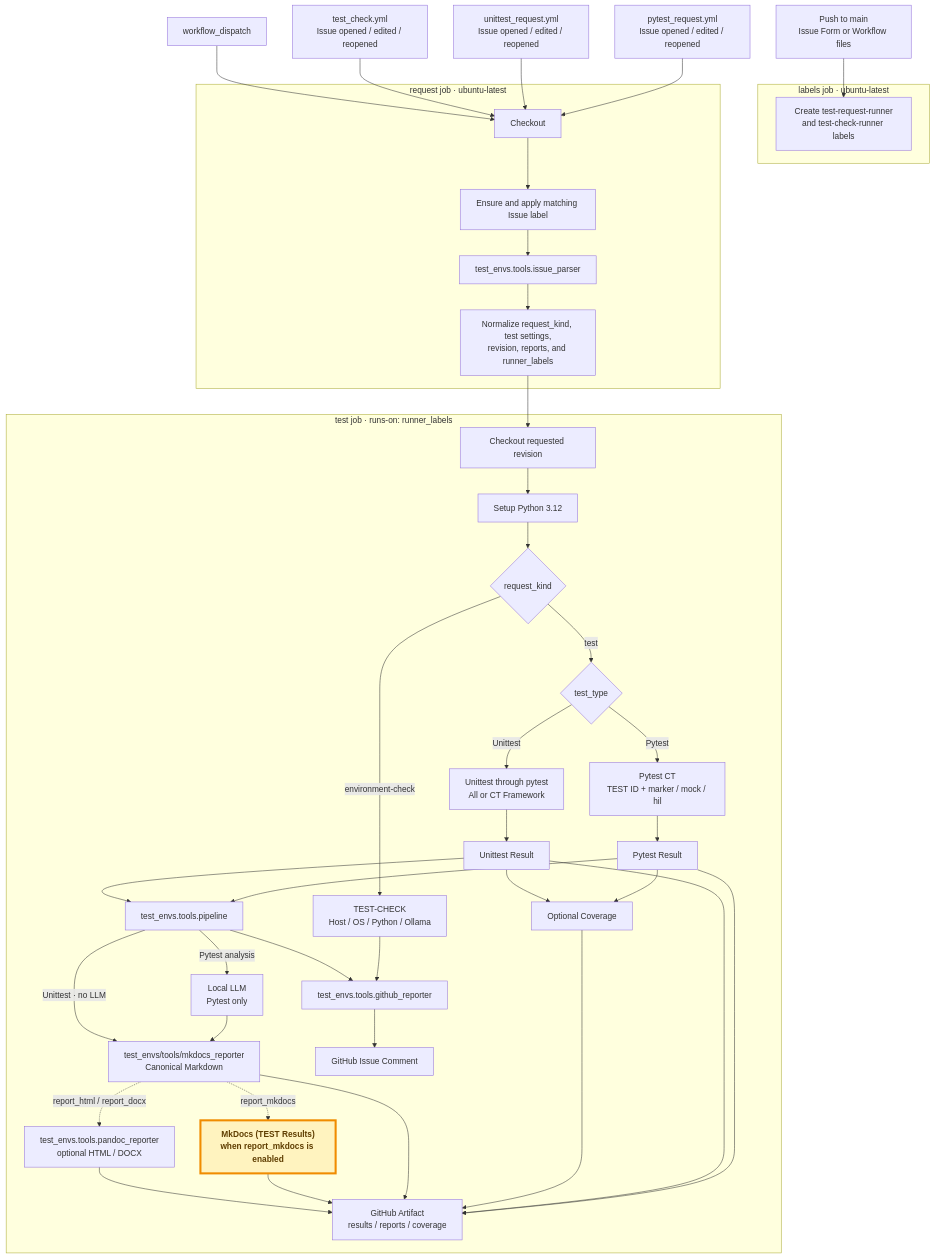
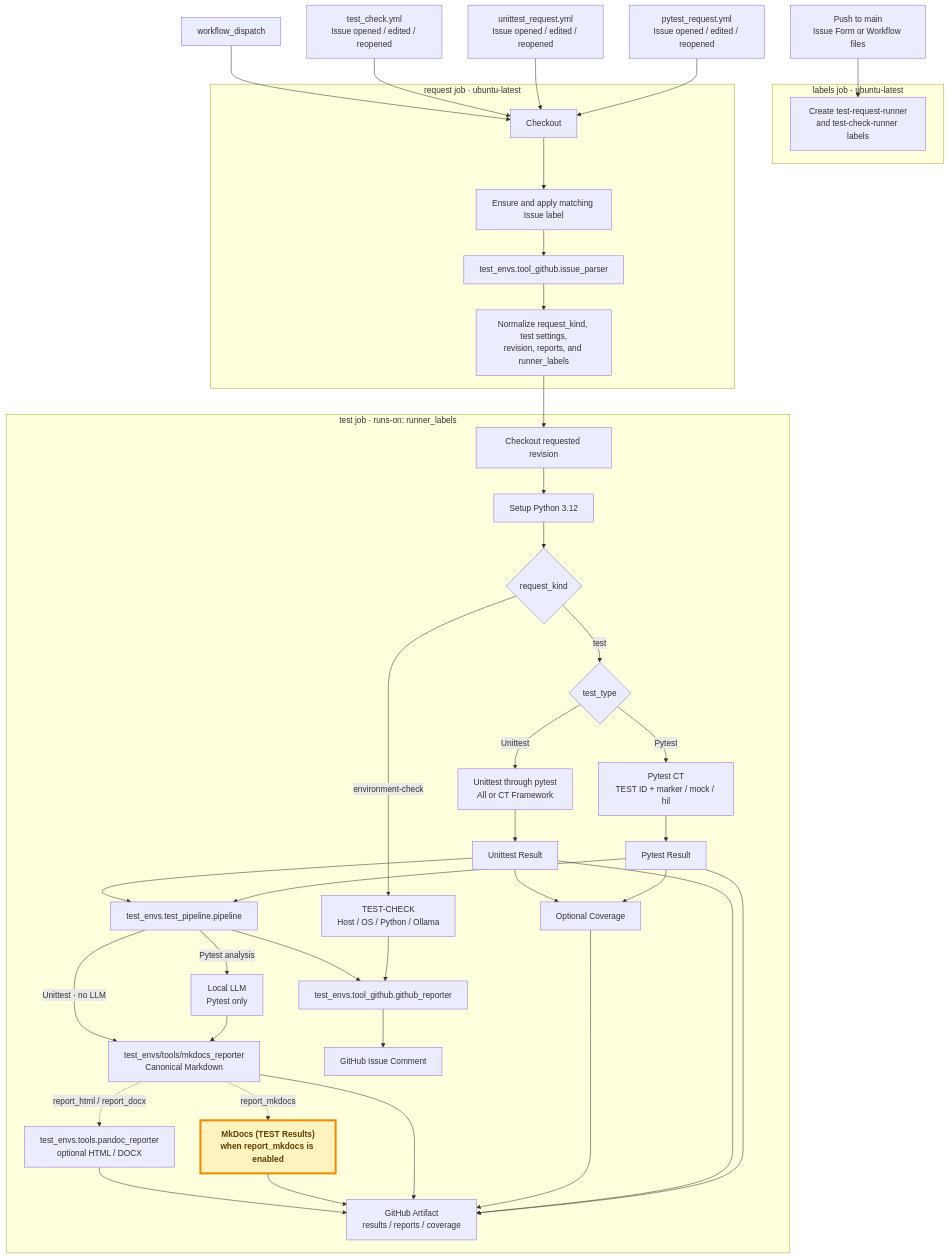
Before and after one commit to JeonghunLee/AI-driven-CI-CT: the second of 2 diagrams in docs/index.md, drawn with Mermaid. The commit also changed other lines of this file and 229 other files, not shown here.

````diff
--- a/docs/index.md
+++ b/docs/index.md
@@ -127,73 +127,73 @@
 ```mermaid
 flowchart TD
     PUSH["Push to main<br/>Issue Form or Workflow files"]
     PYTEST_ISSUE["pytest_request.yml<br/>Issue opened / edited / reopened"]
     UNITTEST_ISSUE["unittest_request.yml<br/>Issue opened / edited / reopened"]
     CHECK_ISSUE["test_check.yml<br/>Issue opened / edited / reopened"]
     MANUAL[workflow_dispatch]
 
     subgraph LABEL_JOB["labels job · ubuntu-latest"]
         LABELS["Create test-request-runner<br/>and test-check-runner labels"]
     end
 
     subgraph REQUEST_JOB["request job · ubuntu-latest"]
         CHECKOUT_REQUEST[Checkout]
         APPLY_LABEL[Ensure and apply matching Issue label]
-        PARSER[test_envs.tools.issue_parser]
+        PARSER[test_envs.tool_github.issue_parser]
         OUTPUTS["Normalize request_kind, test settings,<br/>revision, reports, and runner_labels"]
 
         CHECKOUT_REQUEST --> APPLY_LABEL --> PARSER --> OUTPUTS
     end
 
     subgraph TEST_JOB["test job · runs-on: runner_labels"]
         CHECKOUT_TEST[Checkout requested revision]
         SETUP_PYTHON[Setup Python 3.12]
         REQUEST_KIND{request_kind}
         ENV_CHECK["TEST-CHECK<br/>Host / OS / Python / Ollama"]
         TEST_TYPE{test_type}
         PYTEST["Pytest CT<br/>TEST ID + marker / mock / hil"]
         UNITTEST["Unittest through pytest<br/>All or CT Framework"]
         PYTEST_RESULT[Pytest Result]
         UNITTEST_RESULT[Unittest Result]
         COVERAGE[Optional Coverage]
-        PIPELINE[test_envs.tools.pipeline]
+        PIPELINE[test_envs.test_pipeline.pipeline]
         LLM["Local LLM<br/>Pytest only"]
         REPORTER["test_envs/tools/mkdocs_reporter<br/>Canonical Markdown"]
         MKDOCS["MkDocs (TEST Results)<br/>when report_mkdocs is enabled"]
         PANDOC["test_envs.tools.pandoc_reporter<br/>optional HTML / DOCX"]
-        GITHUB_REPORTER[test_envs.tools.github_reporter]
+        GITHUB_REPORTER[test_envs.tool_github.github_reporter]
         ISSUE[GitHub Issue Comment]
         ARTIFACT["GitHub Artifact<br/>results / reports / coverage"]
 
         CHECKOUT_TEST --> SETUP_PYTHON --> REQUEST_KIND
         REQUEST_KIND -->|environment-check| ENV_CHECK --> GITHUB_REPORTER
         REQUEST_KIND -->|test| TEST_TYPE
         TEST_TYPE -->|Pytest| PYTEST --> PYTEST_RESULT
         TEST_TYPE -->|Unittest| UNITTEST --> UNITTEST_RESULT
         PYTEST_RESULT --> COVERAGE
         UNITTEST_RESULT --> COVERAGE
         PYTEST_RESULT --> PIPELINE
         UNITTEST_RESULT --> PIPELINE
         PIPELINE -->|Pytest analysis| LLM --> REPORTER
         PIPELINE -->|Unittest · no LLM| REPORTER
         REPORTER -. report_mkdocs .-> MKDOCS
         REPORTER -. report_html / report_docx .-> PANDOC
         PIPELINE --> GITHUB_REPORTER --> ISSUE
         PYTEST_RESULT --> ARTIFACT
         UNITTEST_RESULT --> ARTIFACT
         COVERAGE --> ARTIFACT
         REPORTER --> ARTIFACT
         MKDOCS --> ARTIFACT
         PANDOC --> ARTIFACT
     end
 
     PUSH --> LABELS
     PYTEST_ISSUE --> CHECKOUT_REQUEST
     UNITTEST_ISSUE --> CHECKOUT_REQUEST
     CHECK_ISSUE --> CHECKOUT_REQUEST
     MANUAL --> CHECKOUT_REQUEST
     OUTPUTS --> CHECKOUT_TEST
 
     classDef testResults fill:#fff3bf,stroke:#f08c00,stroke-width:4px,color:#5f3d00,font-weight:bold
     class MKDOCS testResults
 ```
````
